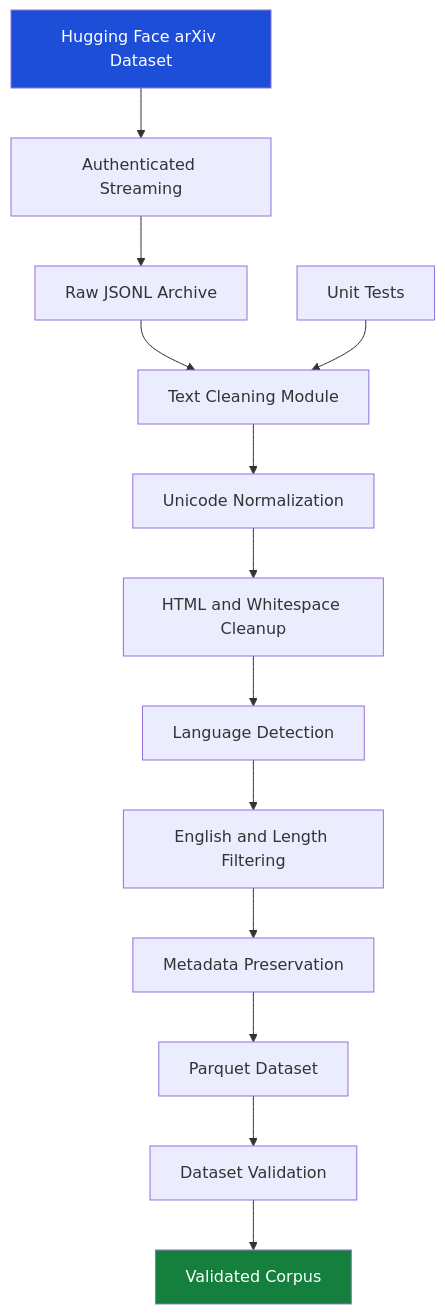
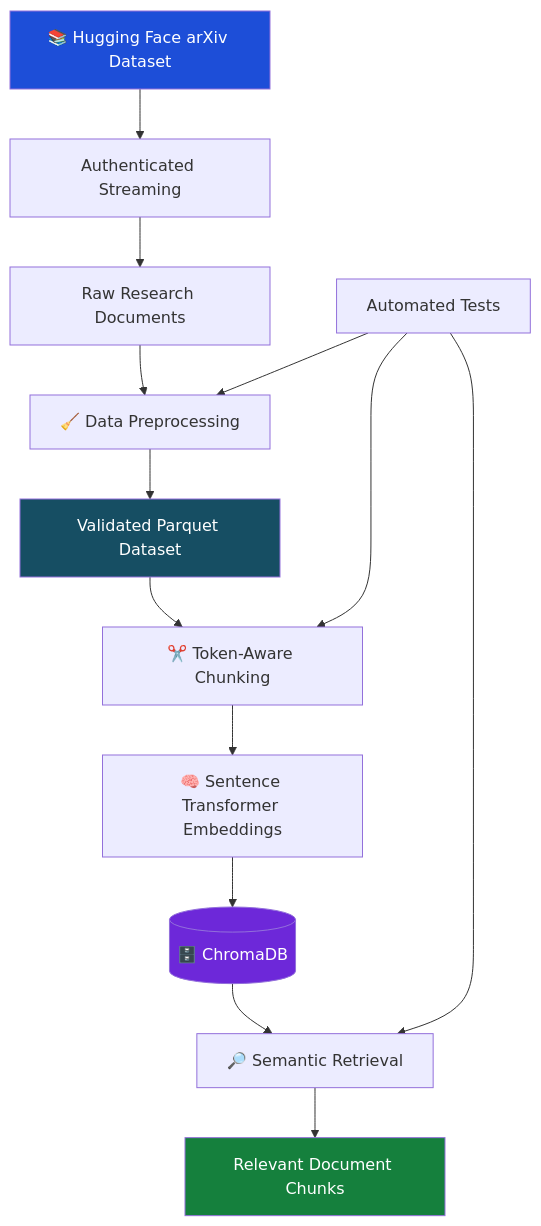
One commit to Chaman4211/enterprise-agentic-rag-system changed the first of 2 diagrams in README.md. Above: the diagram before and after it, drawn with Mermaid. The commit also changed other lines of this file and 14 other files, not shown here.

````diff
--- a/README.md
+++ b/README.md
@@ -110,19 +122,21 @@
 ```mermaid
 flowchart TD
-    A["Hugging Face arXiv Dataset"] --> B["Authenticated Streaming"]
-    B --> C["Raw JSONL Archive"]
-    C --> D["Text Cleaning Module"]
-    D --> E["Unicode Normalization"]
-    E --> F["HTML and Whitespace Cleanup"]
-    F --> G["Language Detection"]
-    G --> H["English and Length Filtering"]
-    H --> I["Metadata Preservation"]
-    I --> J["Parquet Dataset"]
-    J --> K["Dataset Validation"]
-    K --> L["Validated Corpus"]
+    A["📚 Hugging Face arXiv Dataset"] --> B["Authenticated Streaming"]
+    B --> C["Raw Research Documents"]
+    C --> D["🧹 Data Preprocessing"]
+    D --> E["Validated Parquet Dataset"]
+    E --> F["✂️ Token-Aware Chunking"]
+    F --> G["🧠 Sentence Transformer Embeddings"]
+    G --> H[("🗄️ ChromaDB")]
+    H --> I["🔎 Semantic Retrieval"]
+    I --> J["Relevant Document Chunks"]
 
-    M["Unit Tests"] --> D
+    K["Automated Tests"] --> D
+    K --> F
+    K --> I
 
     style A fill:#1d4ed8,color:#fff
-    style L fill:#15803d,color:#fff
+    style E fill:#164e63,color:#fff
+    style H fill:#6d28d9,color:#fff
+    style J fill:#15803d,color:#fff
 ```
````
